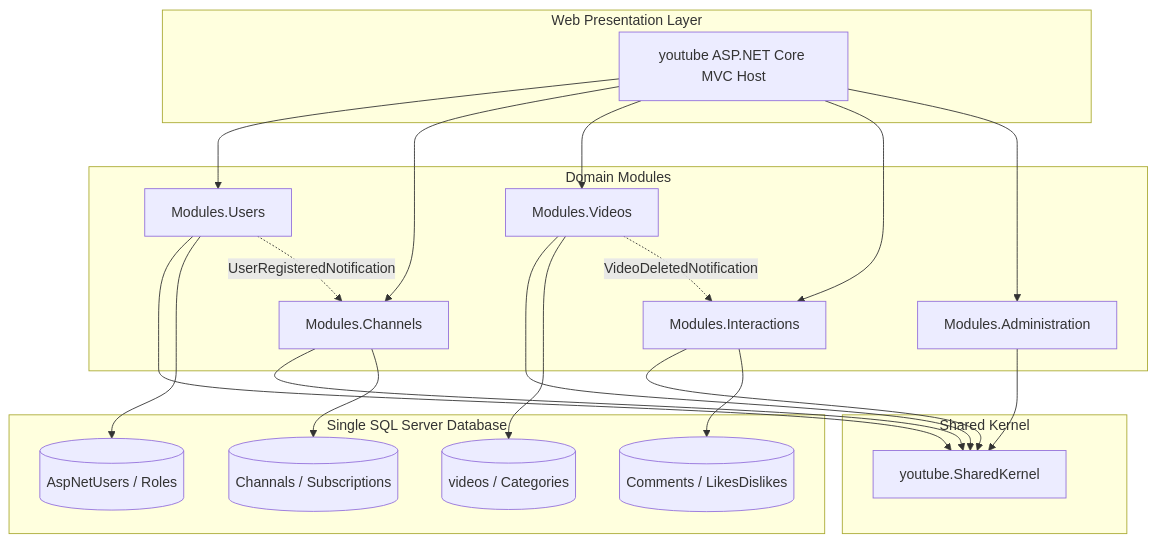
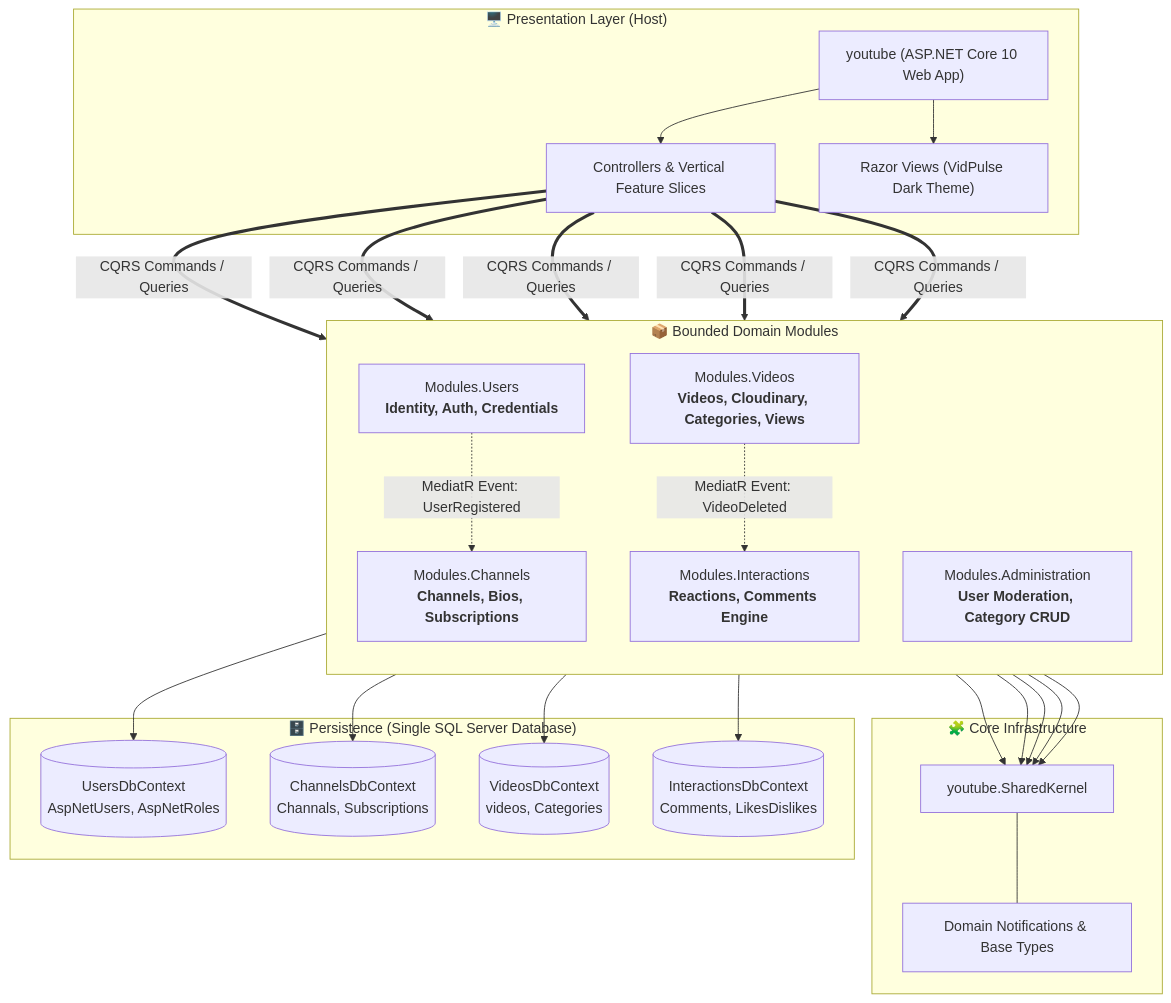
One commit to ahmed-Basal/YouTube-Clone changed the first of 6 diagrams in README.md. Above: the diagram before and after it, drawn with Mermaid. The commit also changed other lines of this file, not shown here.

Commit message:
docs: expand README with comprehensive architecture diagrams, sequence workflows, and documentation

````diff
--- a/README.md
+++ b/README.md
@@ -18,45 +41,52 @@
 ```mermaid
-graph TD
-    subgraph Host [Web Presentation Layer]
-        Web[youtube ASP.NET Core MVC Host]
+graph TB
+    subgraph Presentation ["🖥️ Presentation Layer (Host)"]
+        WebHost["youtube (ASP.NET Core 10 Web App)"]
+        Controllers["Controllers & Vertical Feature Slices"]
+        Views["Razor Views (VidPulse Dark Theme)"]
+        WebHost --> Controllers
+        WebHost --> Views
     end
 
-    subgraph Modules [Domain Modules]
-        Users[Modules.Users]
-        Channels[Modules.Channels]
-        Videos[Modules.Videos]
-        Interactions[Modules.Interactions]
-        Admin[Modules.Administration]
+    subgraph CoreContracts ["🧩 Core Infrastructure"]
+        SK["youtube.SharedKernel"]
+        Events["Domain Notifications & Base Types"]
+        SK --- Events
     end
 
-    subgraph Core [Shared Kernel]
-        SK[youtube.SharedKernel]
+    subgraph BoundedContexts ["📦 Bounded Domain Modules"]
+        direction TB
+        ModUsers["Modules.Users<br/><b>Identity, Auth, Credentials</b>"]
+        ModChannels["Modules.Channels<br/><b>Channels, Bios, Subscriptions</b>"]
+        ModVideos["Modules.Videos<br/><b>Videos, Cloudinary, Categories, Views</b>"]
+        ModInteractions["Modules.Interactions<br/><b>Reactions, Comments Engine</b>"]
+        ModAdmin["Modules.Administration<br/><b>User Moderation, Category CRUD</b>"]
     end
 
-    subgraph Database [Single SQL Server Database]
-        UDB[(AspNetUsers / Roles)]
-        CDB[(Channals / Subscriptions)]
-        VDB[(videos / Categories)]
-        IDB[(Comments / LikesDislikes)]
+    subgraph DataStorage ["🗄️ Persistence (Single SQL Server Database)"]
+        UDB[("UsersDbContext<br/>AspNetUsers, AspNetRoles")]
+        CDB[("ChannelsDbContext<br/>Channals, Subscriptions")]
+        VDB[("VideosDbContext<br/>videos, Categories")]
+        IDB[("InteractionsDbContext<br/>Comments, LikesDislikes")]
     end
 
-    Web --> Users
-    Web --> Channels
-    Web --> Videos
-    Web --> Interactions
-    Web --> Admin
+    Controllers ==>|"CQRS Commands / Queries"| ModUsers
+    Controllers ==>|"CQRS Commands / Queries"| ModChannels
+    Controllers ==>|"CQRS Commands / Queries"| ModVideos
+    Controllers ==>|"CQRS Commands / Queries"| ModInteractions
+    Controllers ==>|"CQRS Commands / Queries"| ModAdmin
 
-    Users --> SK
-    Channels --> SK
-    Videos --> SK
-    Interactions --> SK
-    Admin --> SK
+    ModUsers --> SK
+    ModChannels --> SK
+    ModVideos --> SK
+    ModInteractions --> SK
+    ModAdmin --> SK
 
-    Users --> UDB
-    Channels --> CDB
-    Videos --> VDB
-    Interactions --> IDB
+    ModUsers --> UDB
+    ModChannels --> CDB
+    ModVideos --> VDB
+    ModInteractions --> IDB
 
-    Users -. UserRegisteredNotification .-> Channels
-    Videos -. VideoDeletedNotification .-> Interactions
+    ModUsers -.->|"MediatR Event: UserRegistered"| ModChannels
+    ModVideos -.->|"MediatR Event: VideoDeleted"| ModInteractions
 ```
````
